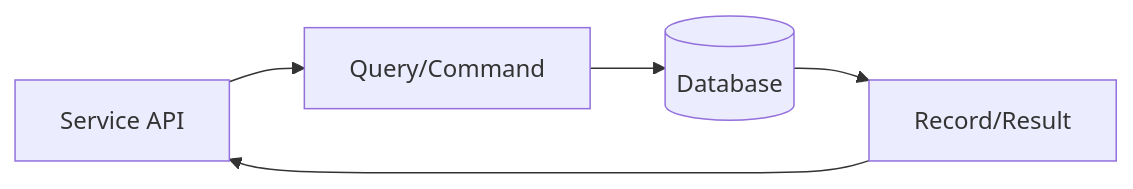
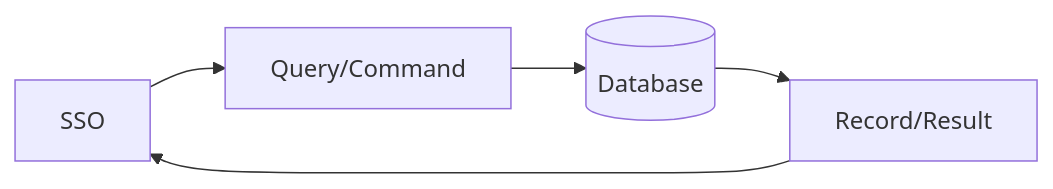
One commit to CVThien2k2/joytab changed the sixth of 8 diagrams in docs/system-architecture-20260522.md. Above: the diagram before and after it, drawn with Mermaid. The commit also changed other lines of this file and 3 other files, not shown here.

Commit message:
docs: reflect api-gateway + sso edge-auth architecture

````diff
--- a/docs/system-architecture-20260522.md
+++ b/docs/system-architecture-20260522.md
@@ -62,7 +124,7 @@
 ```mermaid
 flowchart LR
-  API[Service API] --> Q[Query/Command]
+  SSO[SSO] --> Q[Query/Command]
   Q --> DB[(Database)]
   DB --> R[Record/Result]
-  R --> API
+  R --> SSO
 ```
````
